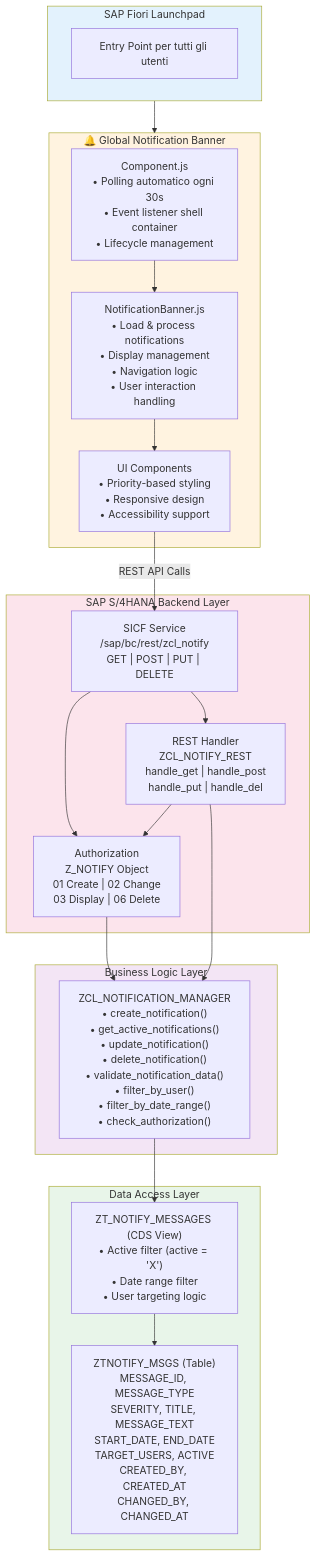
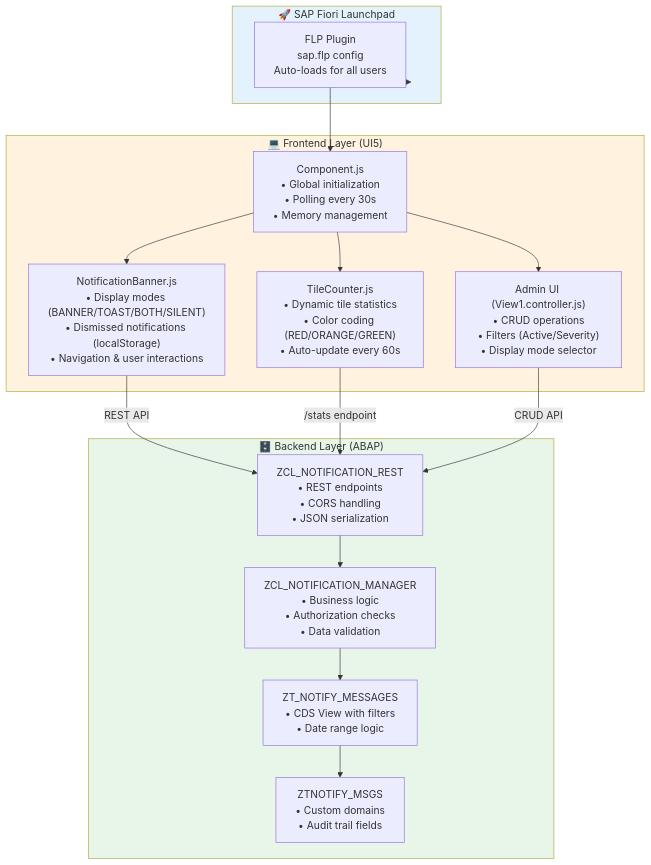
One commit to Raistlin82/sap-fiori-notification-banner changed the first of 5 diagrams in docs/ARCHITECTURE.md. Above: the diagram before and after it, drawn with Mermaid. The commit also changed other lines of this file and 4 other files, not shown here.

````diff
--- a/docs/ARCHITECTURE.md
+++ b/docs/ARCHITECTURE.md
@@ -9,48 +11,38 @@
 ```mermaid
 graph TB
-    subgraph FioriLP["SAP Fiori Launchpad"]
-        LP[Entry Point per tutti gli utenti]
+    subgraph FLP["🚀 SAP Fiori Launchpad"]
+        Plugin["FLP Plugin<br/>sap.flp config<br/>Auto-loads for all users"]
     end
 
-    subgraph Banner["🔔 Global Notification Banner"]
-        Component["Component.js<br/>• Polling automatico ogni 30s<br/>• Event listener shell container<br/>• Lifecycle management"]
-        NotifBanner["NotificationBanner.js<br/>• Load & process notifications<br/>• Display management<br/>• Navigation logic<br/>• User interaction handling"]
-        UIComp["UI Components<br/>• Priority-based styling<br/>• Responsive design<br/>• Accessibility support"]
-
-        Component --> NotifBanner
-        NotifBanner --> UIComp
+    subgraph Frontend["💻 Frontend Layer (UI5)"]
+        Component["Component.js<br/>• Global initialization<br/>• Polling every 30s<br/>• Memory management"]
+        Banner["NotificationBanner.js<br/>• Display modes (BANNER/TOAST/BOTH/SILENT)<br/>• Dismissed notifications (localStorage)<br/>• Navigation & user interactions"]
+        TileCounter["TileCounter.js<br/>• Dynamic tile statistics<br/>• Color coding (RED/ORANGE/GREEN)<br/>• Auto-update every 60s"]
+        View["Admin UI (View1.controller.js)<br/>• CRUD operations<br/>• Filters (Active/Severity)<br/>• Display mode selector"]
     end
 
-    subgraph Backend["SAP S/4HANA Backend Layer"]
-        SICF["SICF Service<br/>/sap/bc/rest/zcl_notify<br/>GET | POST | PUT | DELETE"]
-        REST["REST Handler<br/>ZCL_NOTIFY_REST<br/>handle_get | handle_post<br/>handle_put | handle_del"]
-        Auth["Authorization<br/>Z_NOTIFY Object<br/>01 Create | 02 Change<br/>03 Display | 06 Delete"]
-
-        SICF --> REST
-        SICF --> Auth
-        REST --> Auth
+    subgraph Backend["🗄️ Backend Layer (ABAP)"]
+        REST["ZCL_NOTIFICATION_REST<br/>• REST endpoints<br/>• CORS handling<br/>• JSON serialization"]
+        Manager["ZCL_NOTIFICATION_MANAGER<br/>• Business logic<br/>• Authorization checks<br/>• Data validation"]
+        CDS["ZT_NOTIFY_MESSAGES<br/>• CDS View with filters<br/>• Date range logic"]
+        DB["ZTNOTIFY_MSGS<br/>• Custom domains<br/>• Audit trail fields"]
     end
 
-    subgraph BizLogic["Business Logic Layer"]
-        Manager["ZCL_NOTIFICATION_MANAGER<br/>• create_notification()<br/>• get_active_notifications()<br/>• update_notification()<br/>• delete_notification()<br/>• validate_notification_data()<br/>• filter_by_user()<br/>• filter_by_date_range()<br/>• check_authorization()"]
-    end
+    FLP --> Plugin
+    Plugin --> Component
+    Component --> Banner
+    Component --> TileCounter
+    Component --> View
 
-    subgraph DataLayer["Data Access Layer"]
-        CDS["ZT_NOTIFY_MESSAGES (CDS View)<br/>• Active filter (active = 'X')<br/>• Date range filter<br/>• User targeting logic"]
-        DB["ZTNOTIFY_MSGS (Table)<br/>MESSAGE_ID, MESSAGE_TYPE<br/>SEVERITY, TITLE, MESSAGE_TEXT<br/>START_DATE, END_DATE<br/>TARGET_USERS, ACTIVE<br/>CREATED_BY, CREATED_AT<br/>CHANGED_BY, CHANGED_AT"]
+    Banner -->|REST API| REST
+    TileCounter -->|/stats endpoint| REST
+    View -->|CRUD API| REST
 
-        CDS --> DB
-    end
-
-    FioriLP --> Banner
-    UIComp -->|REST API Calls| SICF
-    Auth --> Manager
     REST --> Manager
     Manager --> CDS
+    CDS --> DB
 
-    style FioriLP fill:#e3f2fd
-    style Banner fill:#fff3e0
-    style Backend fill:#fce4ec
-    style BizLogic fill:#f3e5f5
-    style DataLayer fill:#e8f5e9
+    style FLP fill:#e3f2fd
+    style Frontend fill:#fff3e0
+    style Backend fill:#e8f5e9
 ```
````
